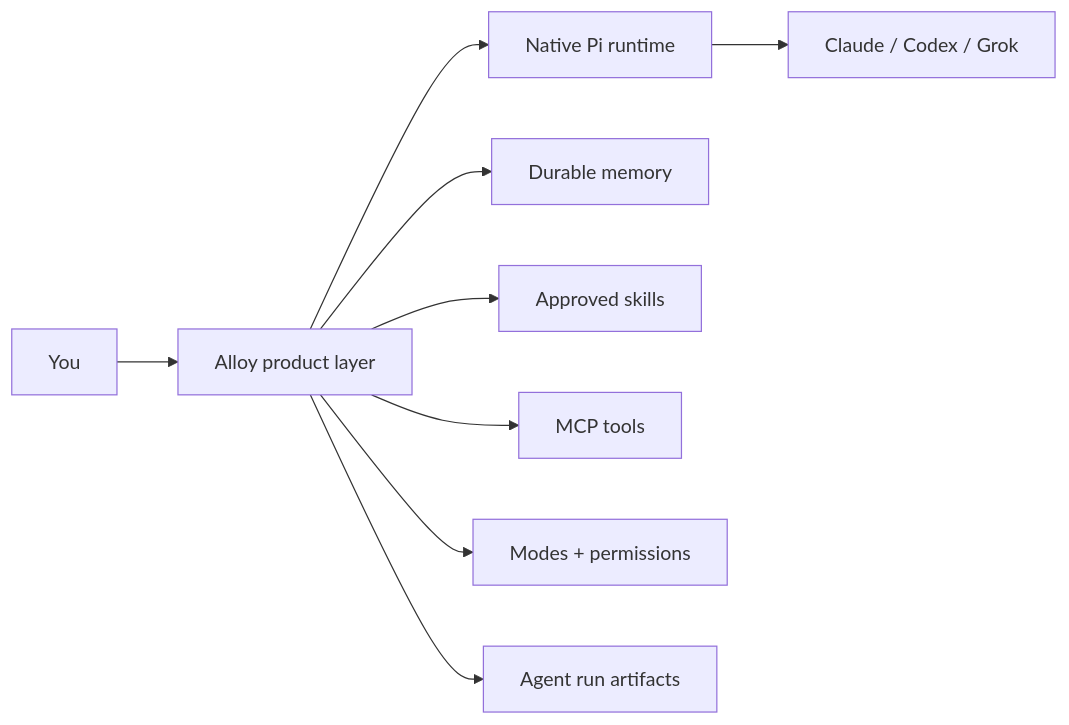
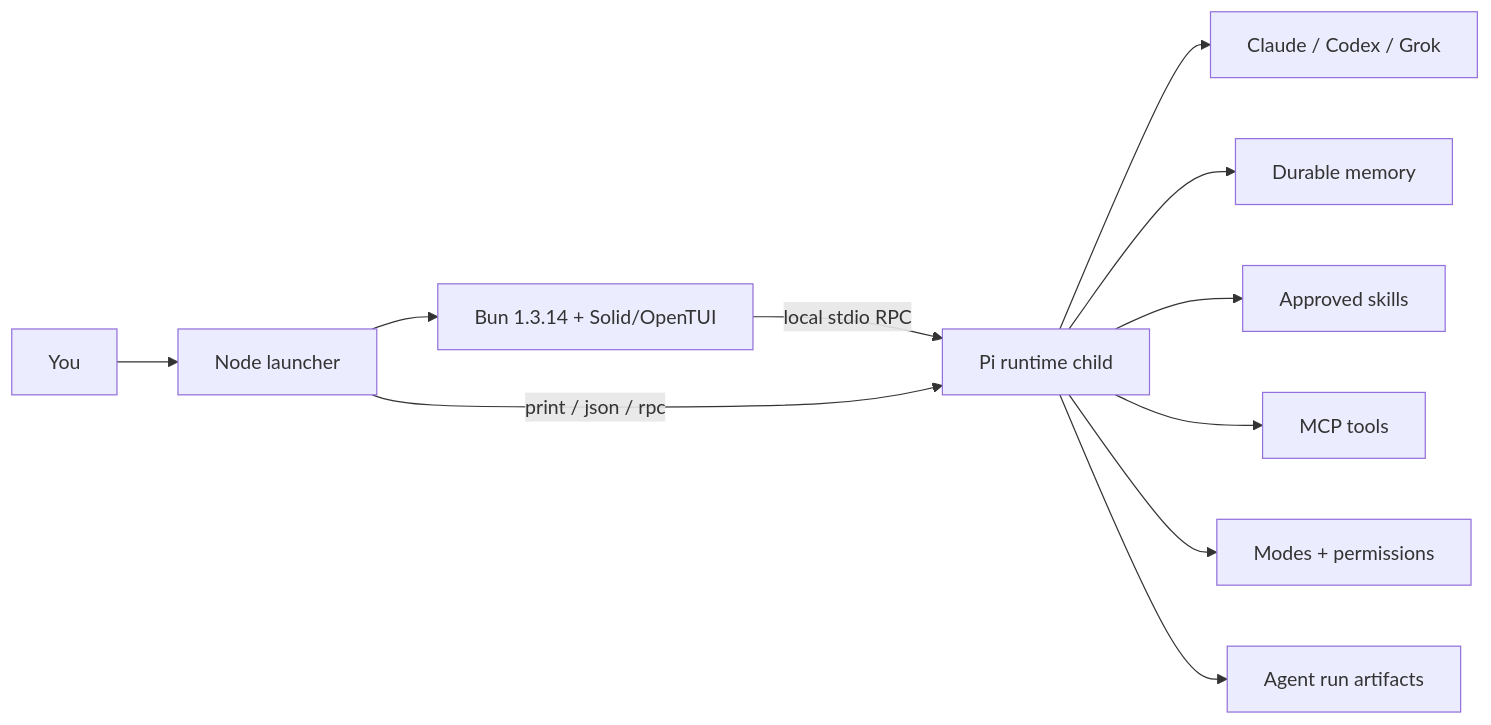
One commit to ccoussa717/alloy changed the diagram in README.md. Above: the diagram before and after it, drawn with Mermaid. The commit also changed other lines of this file and 60 other files, not shown here.

Commit message:
feat: migrate interactive UI to OpenTUI (#5)

````diff
--- a/README.md
+++ b/README.md
@@ -163,11 +173,13 @@
 ```mermaid
 flowchart LR
-  You[You] --> Alloy[Alloy product layer]
-  Alloy --> Pi[Native Pi runtime]
+  You[You] --> Node[Node launcher]
+  Node --> Bun[Bun 1.3.14 + Solid/OpenTUI]
+  Bun -->|local stdio RPC| Pi[Pi runtime child]
+  Node -->|print / json / rpc| Pi
   Pi --> Models[Claude / Codex / Grok]
-  Alloy --> Memory[Durable memory]
-  Alloy --> Skills[Approved skills]
-  Alloy --> MCP[MCP tools]
-  Alloy --> Policy[Modes + permissions]
-  Alloy --> Runs[Agent run artifacts]
+  Pi --> Memory[Durable memory]
+  Pi --> Skills[Approved skills]
+  Pi --> MCP[MCP tools]
+  Pi --> Policy[Modes + permissions]
+  Pi --> Runs[Agent run artifacts]
 ```
````
